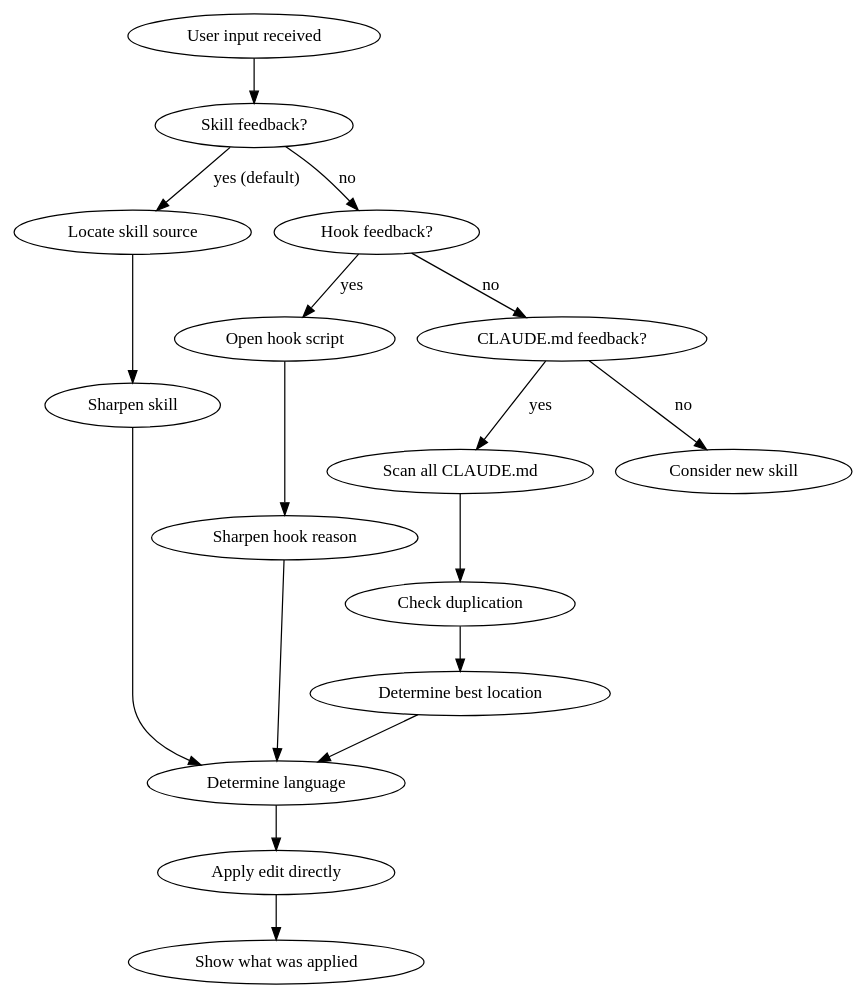
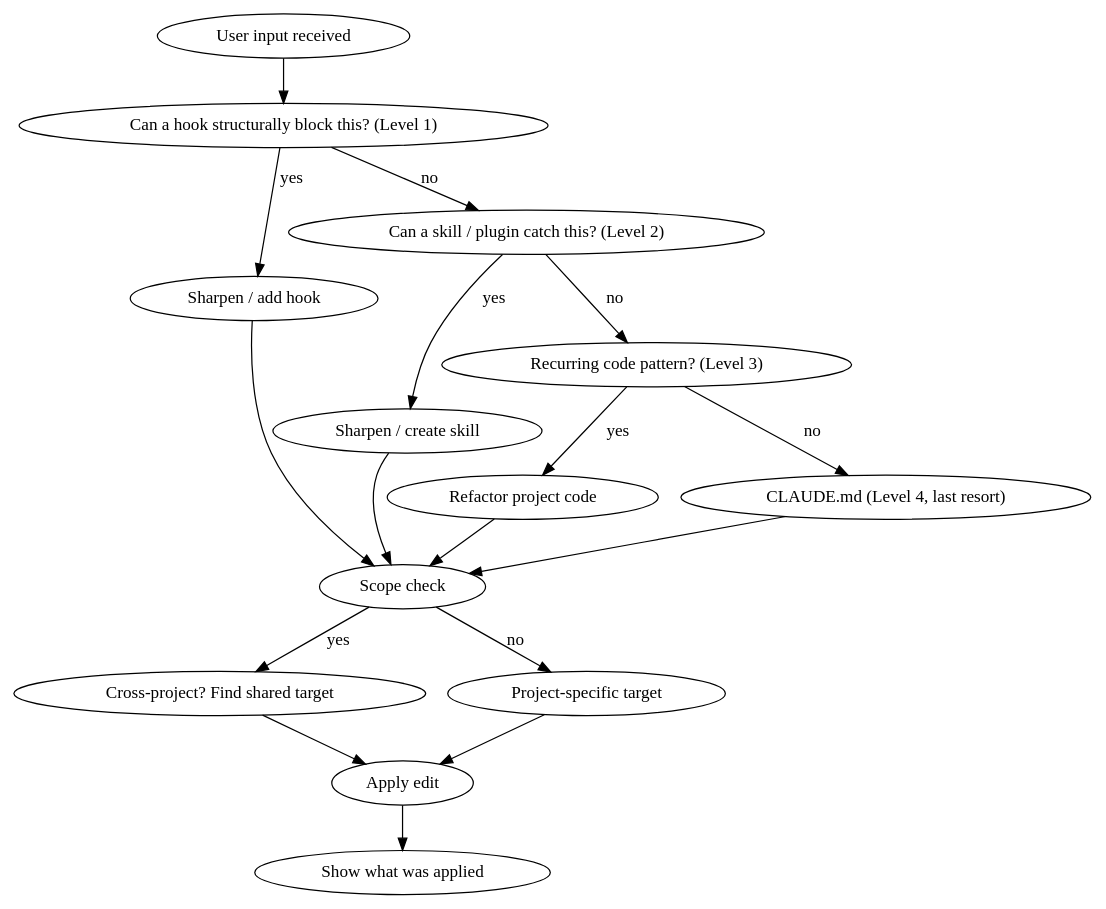
The first of 2 diagrams in packages/self-improvement/skills/self-improvement/SKILL.md (epologee/leclause-skills), drawn with Graphviz before and after one commit. The commit also changed other lines of this file and 2 other files, not shown here.

````diff
--- a/packages/self-improvement/skills/self-improvement/SKILL.md
+++ b/packages/self-improvement/skills/self-improvement/SKILL.md
@@ -137,20 +205,20 @@
 ```dot
 digraph self_improvement {
-  "User input received" -> "Skill feedback?"
-  "Skill feedback?" -> "Locate skill source" [label="yes (default)"]
-  "Skill feedback?" -> "Hook feedback?" [label="no"]
-  "Hook feedback?" -> "Open hook script" [label="yes"]
-  "Hook feedback?" -> "CLAUDE.md feedback?" [label="no"]
-  "CLAUDE.md feedback?" -> "Scan all CLAUDE.md" [label="yes"]
-  "CLAUDE.md feedback?" -> "Consider new skill" [label="no"]
-  "Locate skill source" -> "Sharpen skill"
-  "Open hook script" -> "Sharpen hook reason"
-  "Scan all CLAUDE.md" -> "Check duplication"
-  "Check duplication" -> "Determine best location"
-  "Determine best location" -> "Determine language"
-  "Sharpen skill" -> "Determine language"
-  "Sharpen hook reason" -> "Determine language"
-  "Determine language" -> "Apply edit directly"
-  "Apply edit directly" -> "Show what was applied"
+  "User input received" -> "Can a hook structurally block this? (Level 1)"
+  "Can a hook structurally block this? (Level 1)" -> "Sharpen / add hook" [label="yes"]
+  "Can a hook structurally block this? (Level 1)" -> "Can a skill / plugin catch this? (Level 2)" [label="no"]
+  "Can a skill / plugin catch this? (Level 2)" -> "Sharpen / create skill" [label="yes"]
+  "Can a skill / plugin catch this? (Level 2)" -> "Recurring code pattern? (Level 3)" [label="no"]
+  "Recurring code pattern? (Level 3)" -> "Refactor project code" [label="yes"]
+  "Recurring code pattern? (Level 3)" -> "CLAUDE.md (Level 4, last resort)" [label="no"]
+  "Sharpen / add hook" -> "Scope check"
+  "Sharpen / create skill" -> "Scope check"
+  "Refactor project code" -> "Scope check"
+  "CLAUDE.md (Level 4, last resort)" -> "Scope check"
+  "Scope check" -> "Cross-project? Find shared target" [label="yes"]
+  "Scope check" -> "Project-specific target" [label="no"]
+  "Cross-project? Find shared target" -> "Apply edit"
+  "Project-specific target" -> "Apply edit"
+  "Apply edit" -> "Show what was applied"
 }
 ```
````
